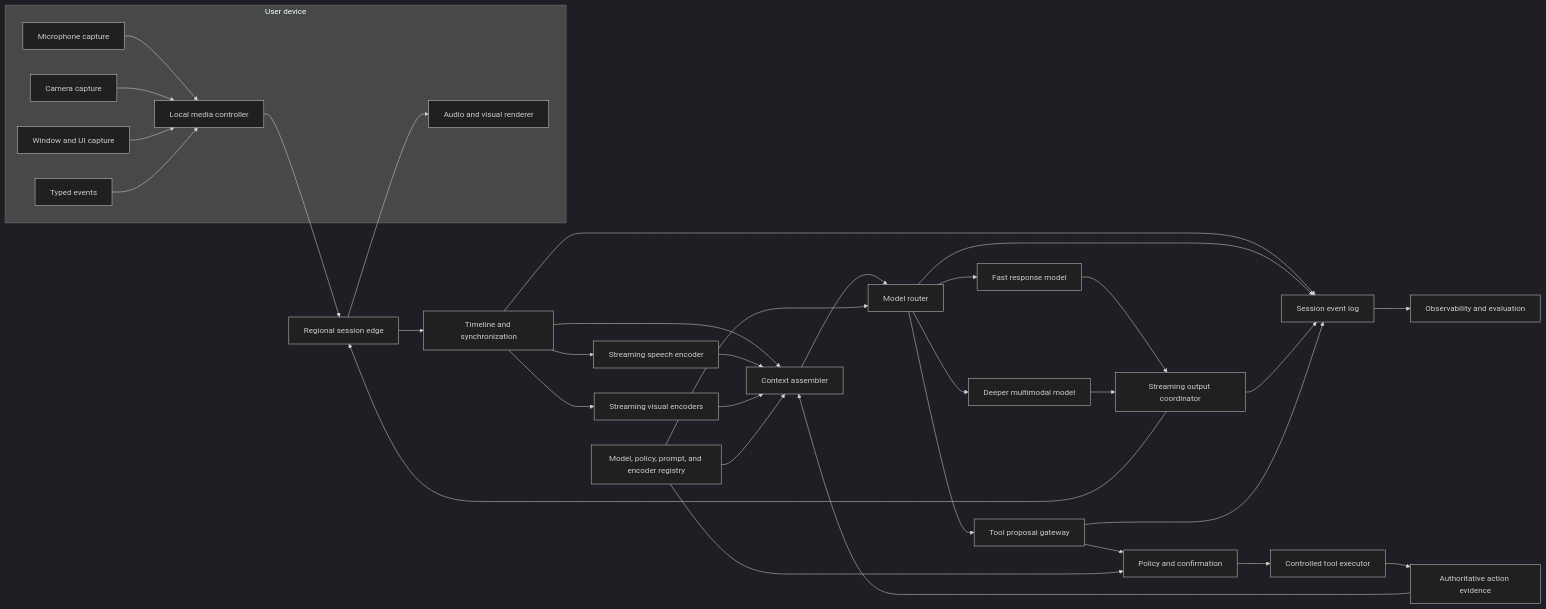
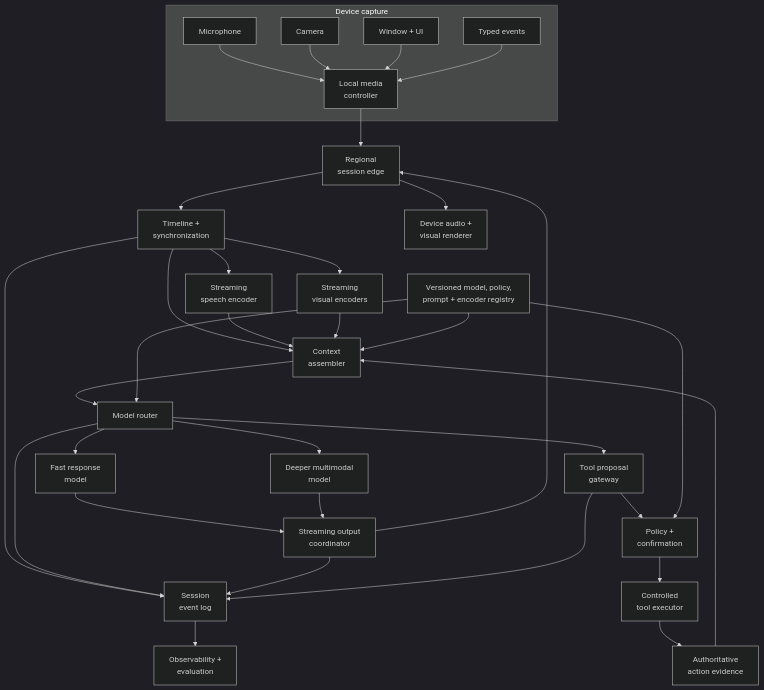
Before and after one commit to mlmentorship/mlmentorship.github.io: the second of 3 diagrams in src/content/posts/2026-08-29-design-real-time-multimodal-assistant.md, drawn with Mermaid (dark theme). The commit also changed other lines of this file and 258 other files, not shown here.

````diff
--- a/src/content/posts/2026-08-29-design-real-time-multimodal-assistant.md
+++ b/src/content/posts/2026-08-29-design-real-time-multimodal-assistant.md
@@ -183,45 +273,51 @@
 ```mermaid
-flowchart LR
-  subgraph Device[User device]
-    Mic[Microphone capture]
-    Cam[Camera capture]
-    Scr[Window and UI capture]
+flowchart TB
+  accTitle: Separate live media, reasoning and action paths
+  accDescr: Device microphone, camera, selected window and typed input enter a local controller and regional edge. Timeline processing feeds speech and visual encoders plus context assembly. Fast and deeper model routes return through output and device playback. A separate tool path checks policy and confirmation before execution, then returns authoritative evidence. Versioned registries constrain routing, context and policy; joined event logs support observation and evaluation.
+  subgraph Device[Device capture]
+    Mic[Microphone]
+    Cam[Camera]
+    Scr[Window + UI]
     Txt[Typed events]
-    Local[Local media controller]
-    Play[Audio and visual renderer]
+    Local[Local media<br/>controller]
     Mic --> Local
     Cam --> Local
     Scr --> Local
     Txt --> Local
   end
 
-  Local --> Edge[Regional session edge]
-  Edge --> Time[Timeline and synchronization]
-  Time --> ASR[Streaming speech encoder]
-  Time --> Vision[Streaming visual encoders]
-  Time --> Context[Context assembler]
+  Local --> Edge[Regional<br/>session edge]
+  Edge --> Time[Timeline +<br/>synchronization]
+  Time --> ASR[Streaming<br/>speech encoder]
+  Time --> Vision[Streaming<br/>visual encoders]
+  Time --> Context[Context<br/>assembler]
   ASR --> Context
   Vision --> Context
   Context --> Router[Model router]
-  Router --> Fast[Fast response model]
-  Router --> Deep[Deeper multimodal model]
-  Fast --> Output[Streaming output coordinator]
+  Router --> Fast[Fast response<br/>model]
+  Router --> Deep[Deeper multimodal<br/>model]
+  Fast --> Output[Streaming output<br/>coordinator]
   Deep --> Output
   Output --> Edge
-  Edge --> Play
+  Edge --> Play[Device audio +<br/>visual renderer]
 
-  Router --> Tools[Tool proposal gateway]
-  Tools --> Policy[Policy and confirmation]
-  Policy --> Exec[Controlled tool executor]
-  Exec --> Evidence[Authoritative action evidence]
+  Router --> Tools[Tool proposal<br/>gateway]
+  Tools --> Policy[Policy +<br/>confirmation]
+  Policy --> Exec[Controlled<br/>tool executor]
+  Exec --> Evidence[Authoritative<br/>action evidence]
   Evidence --> Context
 
-  Time --> Events[Session event log]
+  Time --> Events[Session<br/>event log]
   Router --> Events
   Output --> Events
   Tools --> Events
-  Events --> Obs[Observability and evaluation]
-  Registry[Model, policy, prompt, and encoder registry] --> Router
+  Events --> Obs[Observability +<br/>evaluation]
+  Registry[Versioned model, policy,<br/>prompt + encoder registry] --> Router
   Registry --> Context
   Registry --> Policy
+  class Mic,Cam,Scr,Txt,Registry viz-input
+  class Local,Time,Context,Router,Policy viz-focus
+  class Edge,ASR,Vision,Fast,Deep,Tools,Events viz-state
+  class Output,Play,Exec,Evidence,Obs viz-output
+  class Registry viz-extra-wide
 ```
````
